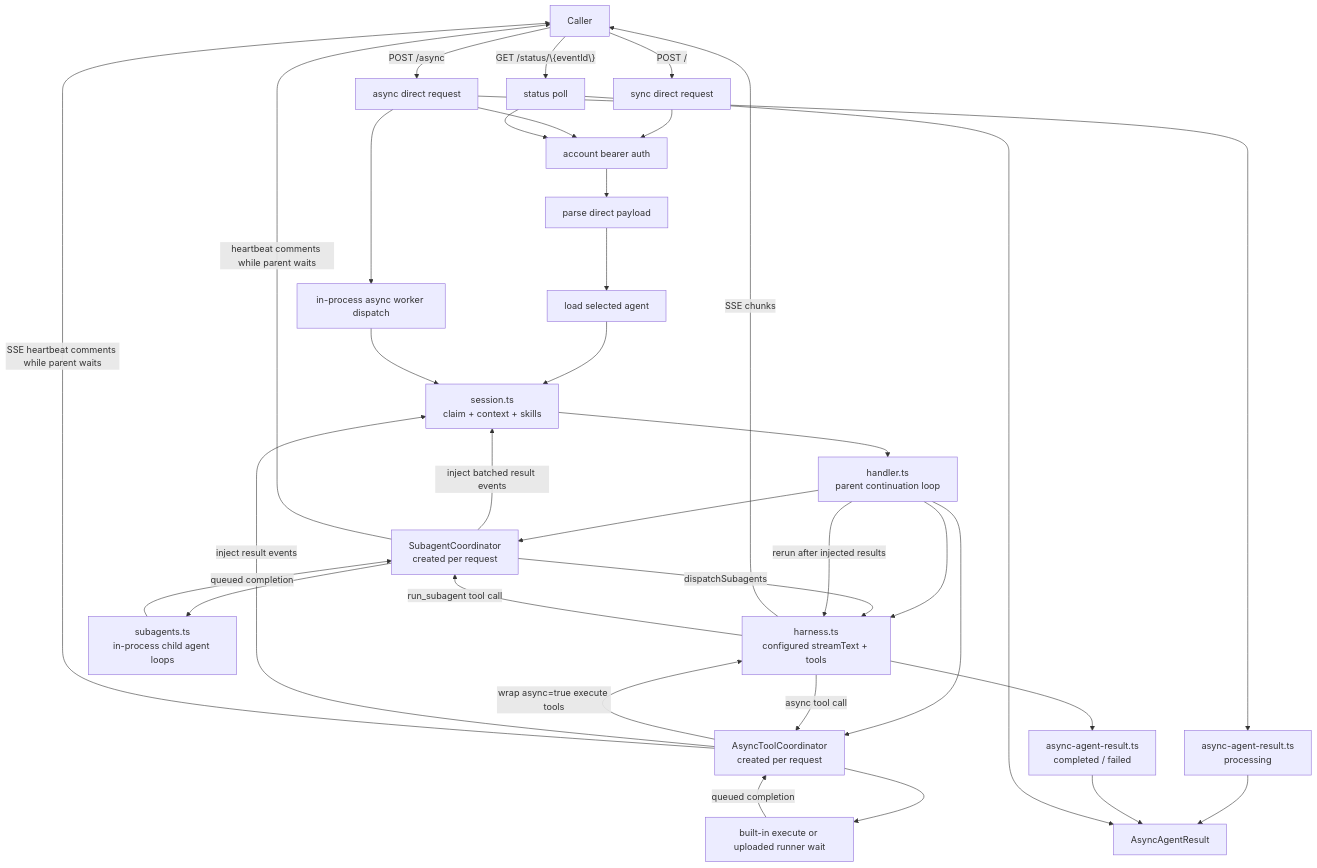
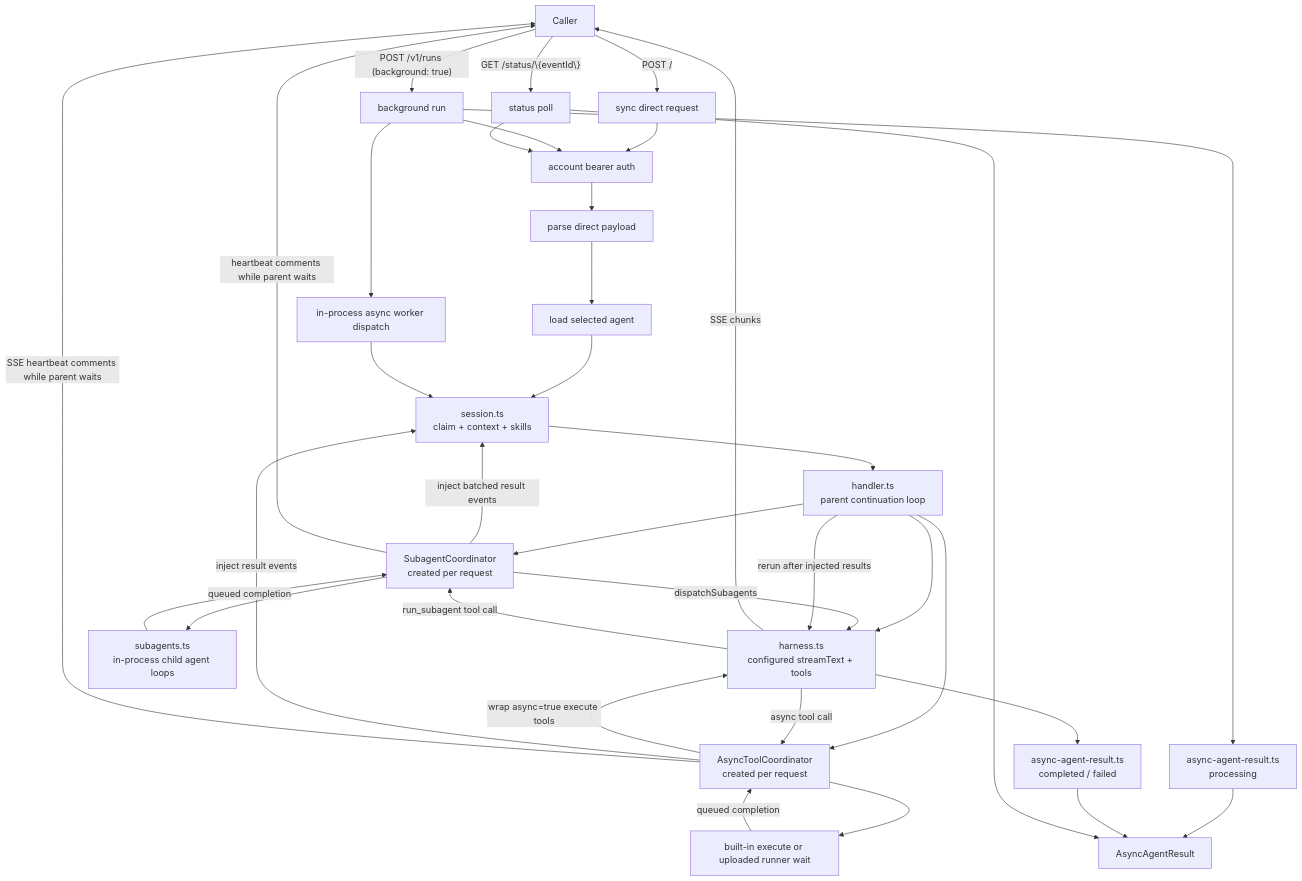
The sixth of 12 diagrams in apps/docs/docs/architecture.md (beeblastco/broods), drawn with Mermaid before and after one commit. The commit also changed other lines of this file and 65 other files, not shown here.

````diff
--- a/apps/docs/docs/architecture.md
+++ b/apps/docs/docs/architecture.md
@@ -159,40 +159,40 @@
 ```mermaid
 flowchart TD
   Caller["Caller"] -->|"POST /"| Sync["sync direct request"]
-  Caller -->|"POST /async"| Async["async direct request"]
+  Caller -->|"POST /v1/runs (background: true)"| Async["background run"]
 
   Sync --> Auth["account bearer auth"]
   Async --> Auth
   Auth --> Parse["parse direct payload"]
   Parse --> AgentLookup["load selected agent"]
   AgentLookup --> Session["session.ts<br/>claim + context + skills"]
   Session --> HandlerLoop["handler.ts<br/>parent continuation loop"]
   HandlerLoop --> Coordinator["SubagentCoordinator<br/>created per request"]
   HandlerLoop --> ToolCoordinator["AsyncToolCoordinator<br/>created per request"]
   HandlerLoop --> Agent["harness.ts<br/>configured streamText + tools"]
   Coordinator -->|"dispatchSubagents"| Agent
   ToolCoordinator -->|"wrap async=true execute tools"| Agent
   Agent -->|"SSE chunks"| Caller
   Agent -->|"run_subagent tool call"| Coordinator
   Agent -->|"async tool call"| ToolCoordinator
   Coordinator --> ChildRuns["subagents.ts<br/>in-process child agent loops"]
   ToolCoordinator --> ToolRuns["built-in execute or uploaded runner wait"]
   ChildRuns -->|"queued completion"| Coordinator
   ToolRuns -->|"queued completion"| ToolCoordinator
   Coordinator -->|"inject batched result events"| Session
   ToolCoordinator -->|"inject result events"| Session
   Coordinator -->|"heartbeat comments while parent waits"| Caller
   ToolCoordinator -->|"SSE heartbeat comments while parent waits"| Caller
   HandlerLoop -->|"rerun after injected results"| Agent
 
   Async --> Pending["async-agent-result.ts<br/>processing"]
   Pending --> AsyncTable["AsyncAgentResult"]
   Async --> Worker["in-process async worker dispatch"]
   Worker --> Session
   Agent --> Complete["async-agent-result.ts<br/>completed / failed"]
   Complete --> AsyncTable
 
   Caller -->|"GET /status/\{eventId\}"| Status["status poll"]
   Status --> Auth
   Status --> AsyncTable
 ```
````
